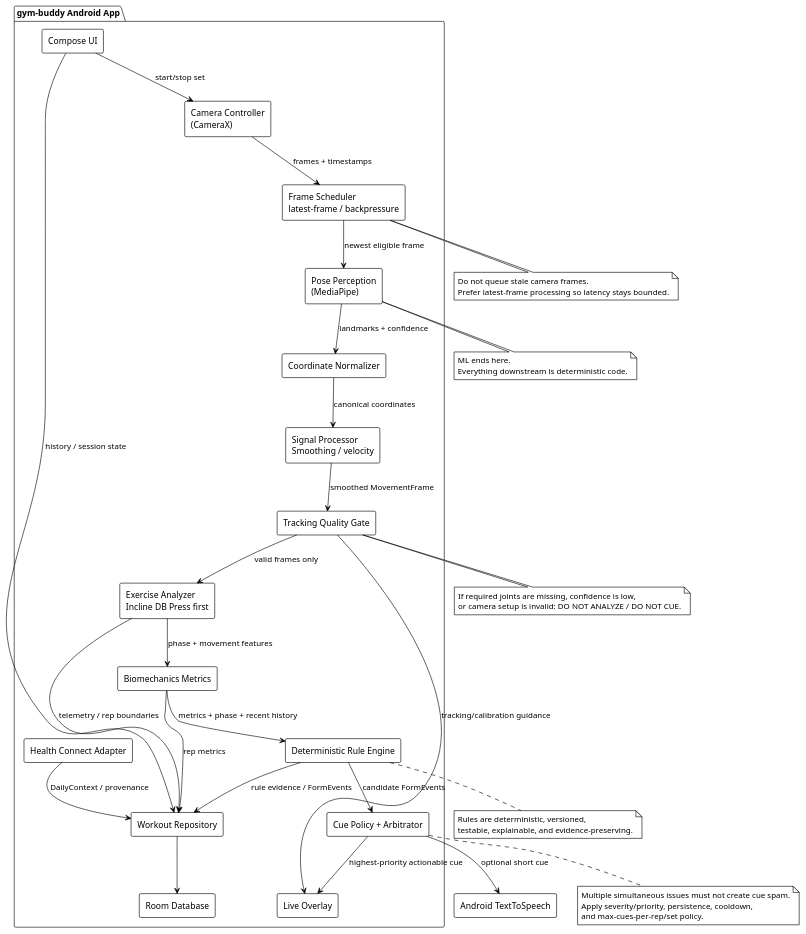
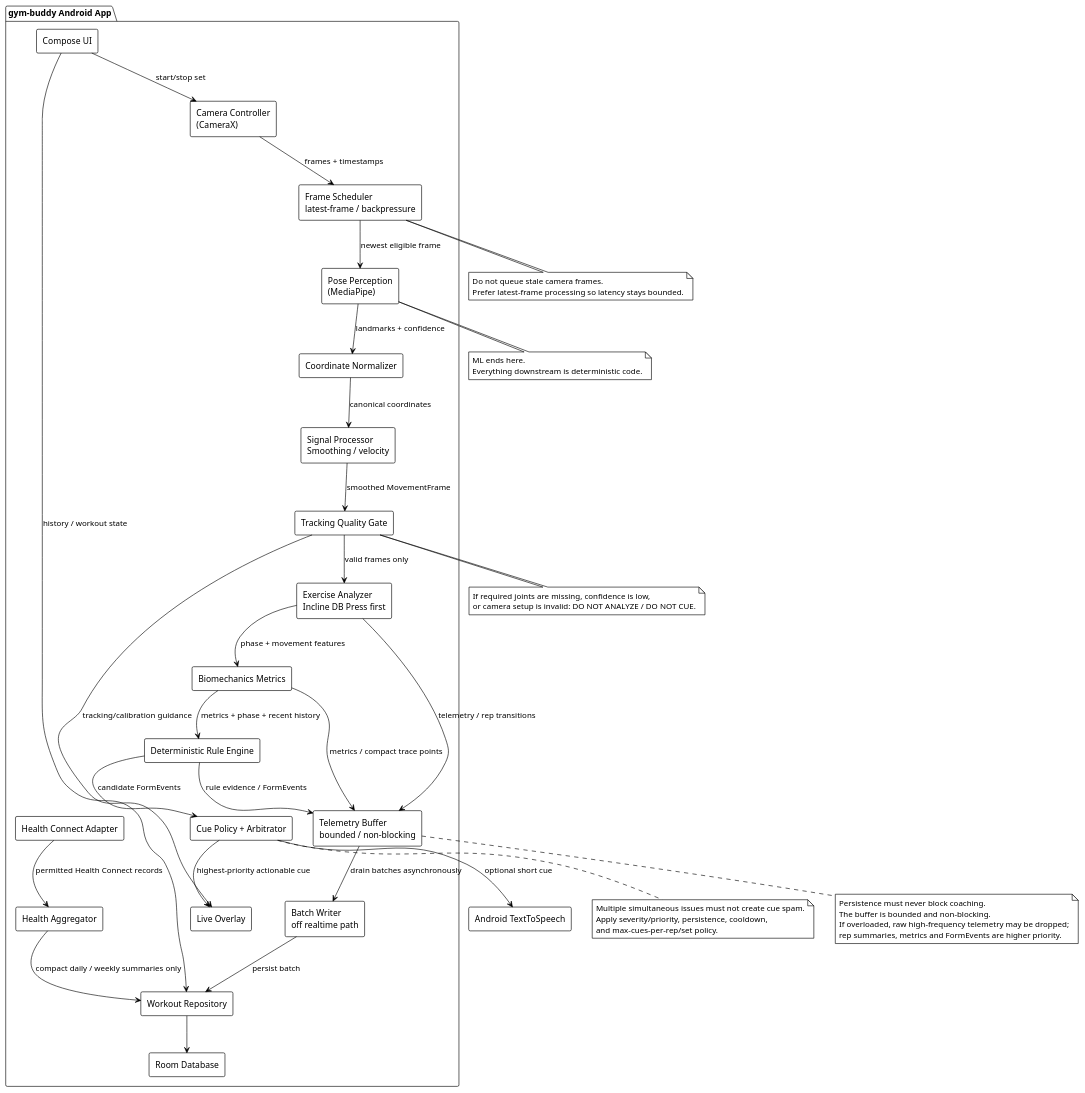
The diagram in docs/uml/02-android-components.puml (lazerta/gym-buddy), drawn with PlantUML before and after one commit.

Commit message:
UML v0.4: isolate realtime persistence with buffering

```diff
--- a/docs/uml/02-android-components.puml
+++ b/docs/uml/02-android-components.puml
@@ -1,70 +1,80 @@
 @startuml
 !theme plain
 skinparam shadowing false
 skinparam componentStyle rectangle
 
 package "gym-buddy Android App" {
   [Compose UI] as UI
   [Camera Controller\n(CameraX)] as Camera
   [Frame Scheduler\nlatest-frame / backpressure] as Scheduler
   [Pose Perception\n(MediaPipe)] as Pose
   [Coordinate Normalizer] as Normalize
   [Signal Processor\nSmoothing / velocity] as Signal
   [Tracking Quality Gate] as Quality
   [Exercise Analyzer\nIncline DB Press first] as Analyzer
   [Biomechanics Metrics] as Metrics
   [Deterministic Rule Engine] as Rules
   [Cue Policy + Arbitrator] as CuePolicy
   [Live Overlay] as Overlay
+  [Telemetry Buffer\nbounded / non-blocking] as Buffer
+  [Batch Writer\noff realtime path] as BatchWriter
   [Workout Repository] as Repo
   [Health Connect Adapter] as Health
+  [Health Aggregator] as HealthAgg
   [Room Database] as Room
 }
 
 UI --> Camera : start/stop set
 Camera --> Scheduler : frames + timestamps
 Scheduler --> Pose : newest eligible frame
 Pose --> Normalize : landmarks + confidence
 Normalize --> Signal : canonical coordinates
 Signal --> Quality : smoothed MovementFrame
 Quality --> Analyzer : valid frames only
 Quality --> Overlay : tracking/calibration guidance
 Analyzer --> Metrics : phase + movement features
 Metrics --> Rules : metrics + phase + recent history
 Rules --> CuePolicy : candidate FormEvents
 CuePolicy --> Overlay : highest-priority actionable cue
 CuePolicy --> [Android TextToSpeech] : optional short cue
-Analyzer --> Repo : telemetry / rep boundaries
-Metrics --> Repo : rep metrics
-Rules --> Repo : rule evidence / FormEvents
-Health --> Repo : DailyContext / provenance
+
+Analyzer --> Buffer : telemetry / rep transitions
+Metrics --> Buffer : metrics / compact trace points
+Rules --> Buffer : rule evidence / FormEvents
+Buffer --> BatchWriter : drain batches asynchronously
+BatchWriter --> Repo : persist batch
 Repo --> Room
-UI --> Repo : history / session state
+
+Health --> HealthAgg : permitted Health Connect records
+HealthAgg --> Repo : compact daily / weekly summaries only
+UI --> Repo : history / workout state
 
 note bottom of Pose
 ML ends here.
 Everything downstream is deterministic code.
 end note
 
 note bottom of Scheduler
 Do not queue stale camera frames.
 Prefer latest-frame processing so latency stays bounded.
 end note
 
 note bottom of Quality
 If required joints are missing, confidence is low,
 or camera setup is invalid: DO NOT ANALYZE / DO NOT CUE.
 end note
 
-note bottom of Rules
-Rules are deterministic, versioned,
-testable, explainable, and evidence-preserving.
+note bottom of Buffer
+Persistence must never block coaching.
+The buffer is bounded and non-blocking.
+If overloaded, raw high-frequency telemetry may be dropped;
+rep summaries, metrics and FormEvents are higher priority.
 end note
 
 note bottom of CuePolicy
 Multiple simultaneous issues must not create cue spam.
 Apply severity/priority, persistence, cooldown,
 and max-cues-per-rep/set policy.
 end note
 
 @enduml
```
